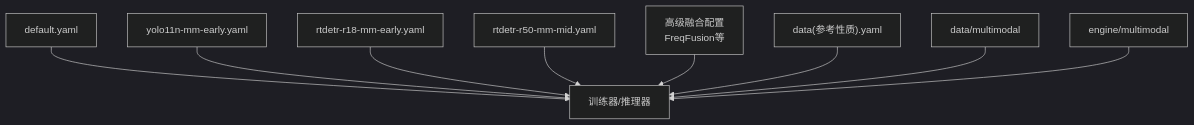
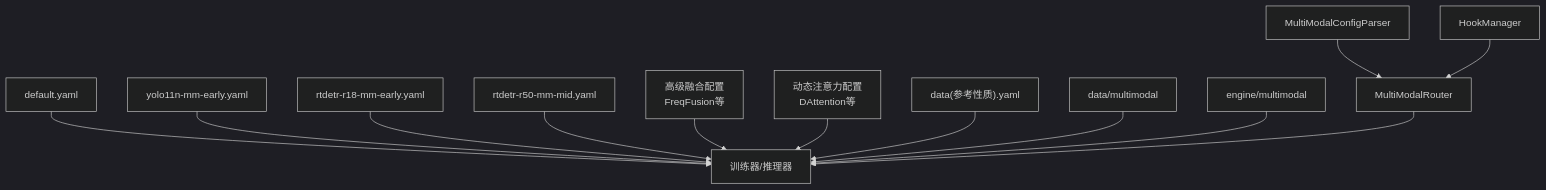
Before and after one commit to 2208754827/MM-IMPROVE: the sixth of 6 diagrams in .qoder/repowiki/zh/content/模型配置与管理/模型配置与管理.md, drawn with Mermaid (dark theme). The commit also changed other lines of this file and 411 other files, not shown here.

````diff
--- a/.qoder/repowiki/zh/content/模型配置与管理/模型配置与管理.md
+++ b/.qoder/repowiki/zh/content/模型配置与管理/模型配置与管理.md
@@ -341,11 +399,15 @@
 ```mermaid
 graph TB
 DEF["default.yaml"] --> TR["训练器/推理器"]
 Y11["yolo11n-mm-early.yaml"] --> TR
 R18["rtdetr-r18-mm-early.yaml"] --> TR
 R50["rtdetr-r50-mm-mid.yaml"] --> TR
 R18_ADV["高级融合配置<br/>FreqFusion等"] --> TR
+R50_ADV["动态注意力配置<br/>DAttention等"] --> TR
 DATA["data(参考性质).yaml"] --> TR
 MOD["data/multimodal"] --> TR
 ENG["engine/multimodal"] --> TR
+ROUTER["MultiModalRouter"] --> TR
+PARSER["MultiModalConfigParser"] --> ROUTER
+HOOK["HookManager"] --> ROUTER
 ```
````
